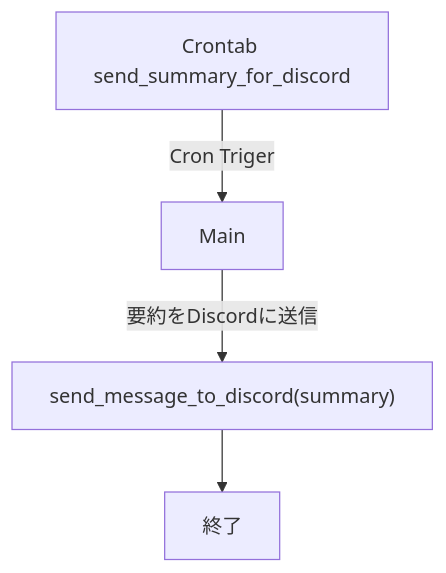
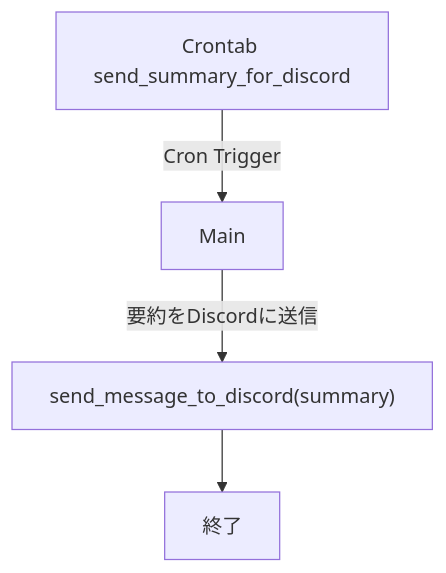
The third of 3 diagrams in document/flowchart.md (hoshimins/youtube_summary_bot), drawn with Mermaid before and after one commit. The commit also changed other lines of this file and 1 other file, not shown here.

````diff
--- a/document/flowchart.md
+++ b/document/flowchart.md
@@ -38,8 +38,8 @@
 ```mermaid
 graph TD
-Cron["Crontab send_summary_for_discord"] -->|Cron Triger| DiscordSend["Main"]
+Cron["Crontab send_summary_for_discord"] -->|Cron Trigger| DiscordSend["Main"]
 DiscordSend --> |要約をDiscordに送信| SendMessage["send_message_to_discord(summary)"]
 SendMessage --> End["終了"]
 
 
 ```
````
